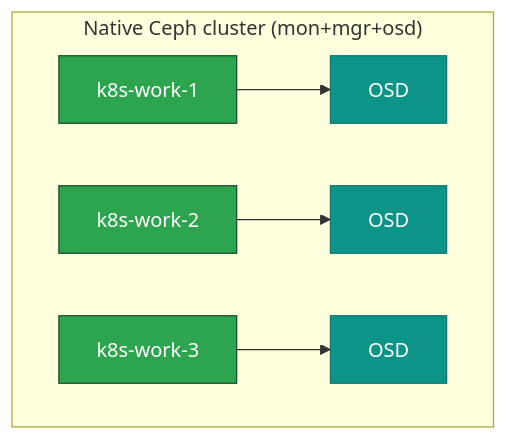
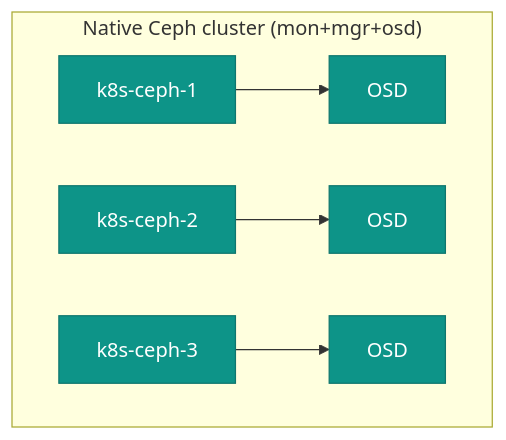
Before and after one commit to bahman-farhadian/kubernetes-lab: the diagram in 06-ceph.md, drawn with Mermaid. The commit also changed other lines of this file and 6 other files, not shown here.

````diff
--- a/06-ceph.md
+++ b/06-ceph.md
@@ -155,12 +155,12 @@
 ```mermaid
 flowchart TB
     subgraph Ceph["Native Ceph cluster (mon+mgr+osd)"]
         direction LR
-        W1["k8s-work-1"]:::worker --> O1["OSD"]:::storage
-        W2["k8s-work-2"]:::worker --> O2["OSD"]:::storage
-        W3["k8s-work-3"]:::worker --> O3["OSD"]:::storage
+        W1["k8s-ceph-1"]:::storage --> O1["OSD"]:::storage
+        W2["k8s-ceph-2"]:::storage --> O2["OSD"]:::storage
+        W3["k8s-ceph-3"]:::storage --> O3["OSD"]:::storage
     end
 
     classDef worker fill:#2da44e,stroke:#164c24,color:#ffffff
     classDef storage fill:#0d9488,stroke:#0f766e,color:#ffffff
 ```
````
